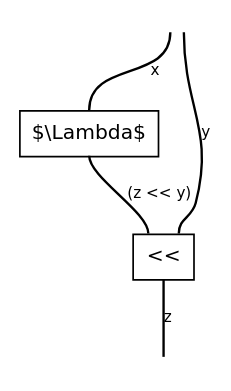
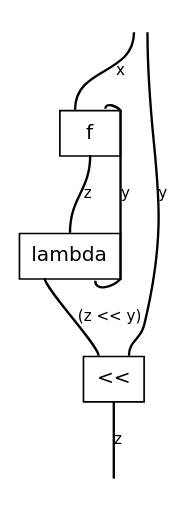
Before and after one commit to discopy/discopy: the diagram in docs/_static/cmap/biclosed-curry-left.dot, drawn with Graphviz. The commit also changed 5 other files, not shown here.

```diff
--- a/docs/_static/cmap/biclosed-curry-left.dot
+++ b/docs/_static/cmap/biclosed-curry-left.dot
@@ -1,15 +1,18 @@
 graph cmap {
   graph [bgcolor="white", fontname="DejaVu Sans", layout="dot", margin="0.04", outputorder="edgesfirst", overlap="false", rankdir="TB", splines="true"];
   node [color="black", fontname="DejaVu Sans", fontsize="12", margin="0", shape="plain"];
   edge [color="black", fontname="DejaVu Sans", fontsize="9", headclip="true", penwidth="1.4", tailclip="true"];
-  v0 [label=<<TABLE BORDER="0" CELLBORDER="0" CELLSPACING="0"><TR><TD PORT="p2" TOOLTIP="dom 0: x (up)" BORDER="0" CELLPADDING="0" COLSPAN="1" WIDTH="18" HEIGHT="0"></TD></TR><TR><TD BORDER="1" CELLPADDING="6" COLSPAN="1" WIDTH="18">$\Lambda$</TD></TR><TR><TD PORT="p3" TOOLTIP="cod 0: (z &lt;&lt; y) (down)" BORDER="0" CELLPADDING="0" COLSPAN="1" WIDTH="18" HEIGHT="0"></TD></TR></TABLE>>];
-  v1 [label=<<TABLE BORDER="0" CELLBORDER="0" CELLSPACING="0"><TR><TD PORT="p4" TOOLTIP="dom 0: (z &lt;&lt; y) (up)" BORDER="0" CELLPADDING="0" COLSPAN="1" WIDTH="18" HEIGHT="0"></TD><TD PORT="p5" TOOLTIP="dom 1: y (up)" BORDER="0" CELLPADDING="0" COLSPAN="1" WIDTH="18" HEIGHT="0"></TD></TR><TR><TD BORDER="1" CELLPADDING="6" COLSPAN="2" WIDTH="36">&lt;&lt;</TD></TR><TR><TD PORT="p6" TOOLTIP="cod 0: z (down)" BORDER="0" CELLPADDING="0" COLSPAN="2" WIDTH="36" HEIGHT="0"></TD></TR></TABLE>>];
+  v0 [label=<<TABLE BORDER="0" CELLBORDER="0" CELLSPACING="0"><TR><TD PORT="p2" TOOLTIP="dom 0: x (up)" BORDER="0" CELLPADDING="0" COLSPAN="1" WIDTH="18" HEIGHT="0"></TD><TD PORT="p3" TOOLTIP="dom 1: y (up)" BORDER="0" CELLPADDING="0" COLSPAN="1" WIDTH="18" HEIGHT="0"></TD></TR><TR><TD BORDER="1" CELLPADDING="6" COLSPAN="2" WIDTH="36">f</TD></TR><TR><TD PORT="p4" TOOLTIP="cod 0: z (down)" BORDER="0" CELLPADDING="0" COLSPAN="2" WIDTH="36" HEIGHT="0"></TD></TR></TABLE>>];
+  v1 [label=<<TABLE BORDER="0" CELLBORDER="0" CELLSPACING="0"><TR><TD PORT="p5" TOOLTIP="dom 0: z (up)" BORDER="0" CELLPADDING="0" COLSPAN="2" WIDTH="36" HEIGHT="0"></TD></TR><TR><TD BORDER="1" CELLPADDING="6" COLSPAN="2" WIDTH="36">lambda</TD></TR><TR><TD PORT="p7" TOOLTIP="cod 0: (z &lt;&lt; y) (down)" BORDER="0" CELLPADDING="0" COLSPAN="1" WIDTH="18" HEIGHT="0"></TD><TD PORT="p6" TOOLTIP="cod 1: y (down)" BORDER="0" CELLPADDING="0" COLSPAN="1" WIDTH="18" HEIGHT="0"></TD></TR></TABLE>>];
+  v2 [label=<<TABLE BORDER="0" CELLBORDER="0" CELLSPACING="0"><TR><TD PORT="p8" TOOLTIP="dom 0: (z &lt;&lt; y) (up)" BORDER="0" CELLPADDING="0" COLSPAN="1" WIDTH="18" HEIGHT="0"></TD><TD PORT="p9" TOOLTIP="dom 1: y (up)" BORDER="0" CELLPADDING="0" COLSPAN="1" WIDTH="18" HEIGHT="0"></TD></TR><TR><TD BORDER="1" CELLPADDING="6" COLSPAN="2" WIDTH="36">&lt;&lt;</TD></TR><TR><TD PORT="p10" TOOLTIP="cod 0: z (down)" BORDER="0" CELLPADDING="0" COLSPAN="2" WIDTH="36" HEIGHT="0"></TD></TR></TABLE>>];
   input [label=<<TABLE BORDER="0" CELLBORDER="0" CELLSPACING="0"><TR><TD PORT="p0" TOOLTIP="input 0: x" BORDER="0" CELLPADDING="4"></TD><TD PORT="p1" TOOLTIP="input 1: y" BORDER="0" CELLPADDING="4"></TD></TR></TABLE>>];
-  output [label=<<TABLE BORDER="0" CELLBORDER="0" CELLSPACING="0"><TR><TD PORT="p7" TOOLTIP="output 0: z" BORDER="0" CELLPADDING="4"></TD></TR></TABLE>>];
+  output [label=<<TABLE BORDER="0" CELLBORDER="0" CELLSPACING="0"><TR><TD PORT="p11" TOOLTIP="output 0: z" BORDER="0" CELLPADDING="4"></TD></TR></TABLE>>];
   { rank=min; input; }
   { rank=max; output; }
   input:p0:s -- v0:p2:n [label="x", labeldistance="1.6", len="0.85"];
-  input:p1:s -- v1:p5:n [label="y", labeldistance="1.6", len="0.85"];
-  v0:p3:s -- v1:p4:n [label="(z << y)", labeldistance="1.6", len="0.85"];
-  v1:p6:s -- output:p7:n [label="z", labeldistance="1.6", len="0.85"];
+  input:p1:s -- v2:p9:n [label="y", labeldistance="1.6", len="0.85"];
+  v0:p3:n -- v1:p6:s [label="y", labeldistance="1.6", len="0.85"];
+  v0:p4:s -- v1:p5:n [label="z", labeldistance="1.6", len="0.85"];
+  v1:p7:s -- v2:p8:n [label="(z << y)", labeldistance="1.6", len="0.85"];
+  v2:p10:s -- output:p11:n [label="z", labeldistance="1.6", len="0.85"];
 }
```
